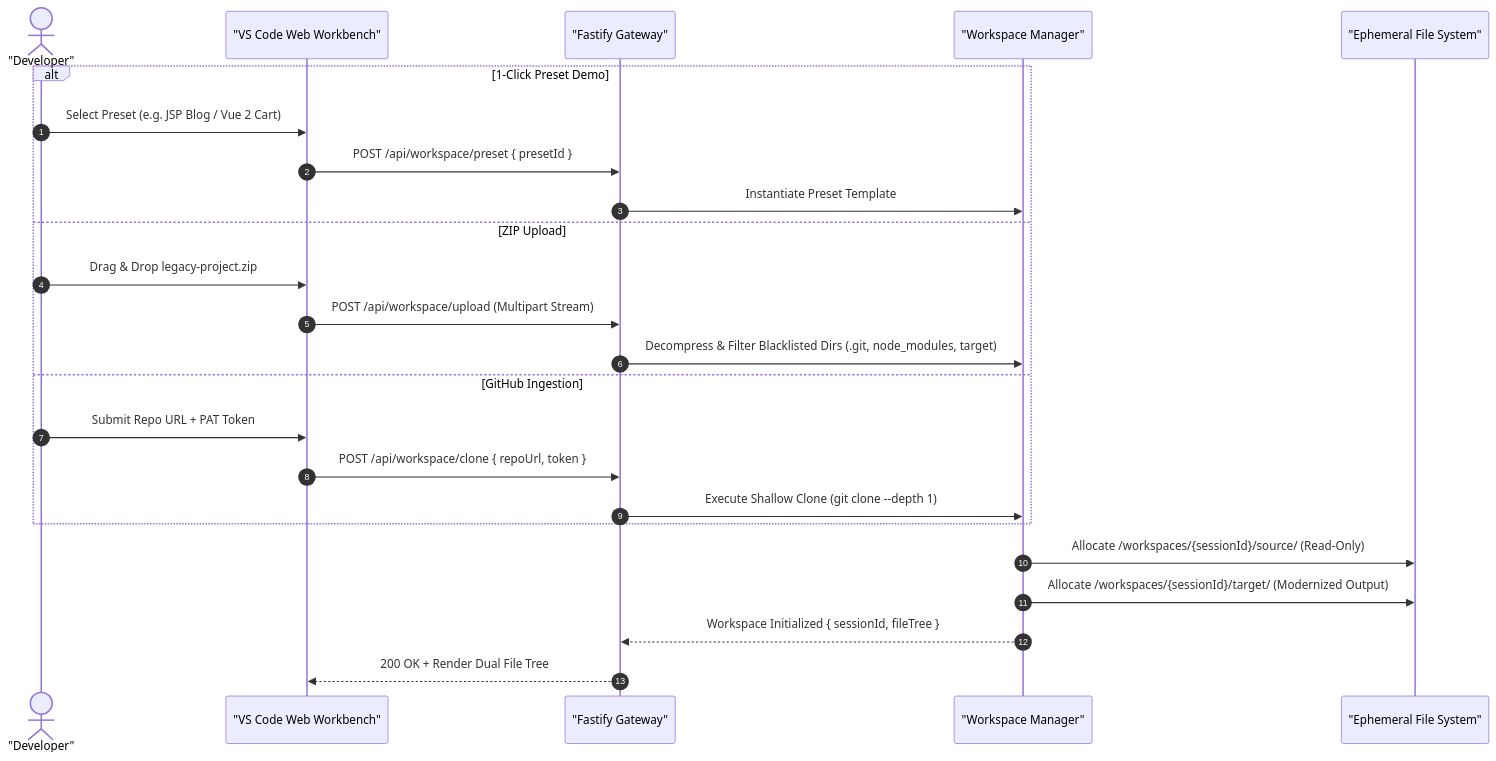
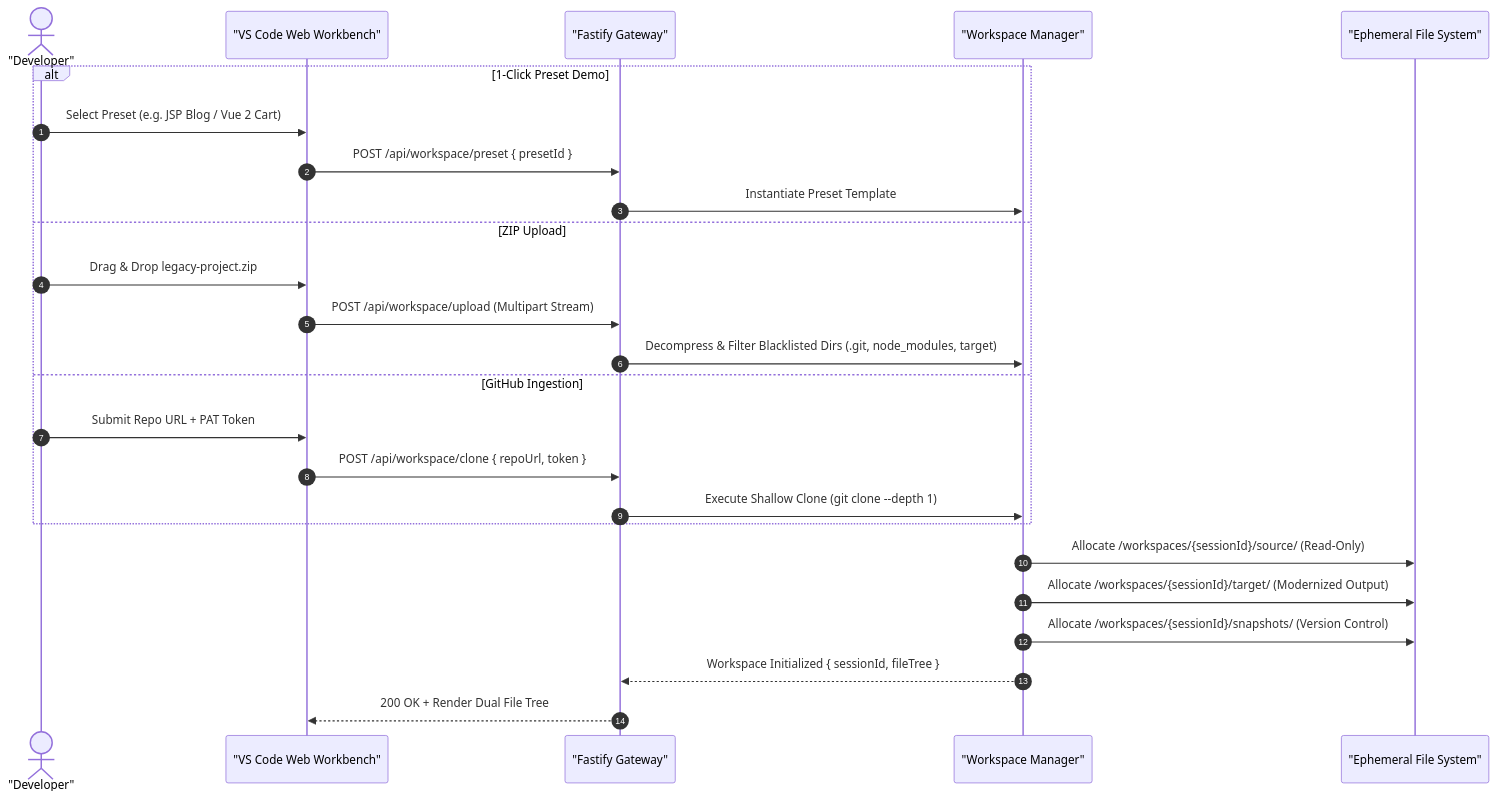
Before and after one commit to SakuraCianna/LegacyCodeModernizer: the second of 5 diagrams in docs/architecture.md, drawn with Mermaid. The commit also changed other lines of this file and 3 other files, not shown here.

````diff
--- a/docs/architecture.md
+++ b/docs/architecture.md
@@ -104,28 +108,29 @@
 ```mermaid
 sequenceDiagram
     autonumber
     actor Developer as "Developer"
     participant UI as "VS Code Web Workbench"
     participant API as "Fastify Gateway"
     participant WM as "Workspace Manager"
     participant FS as "Ephemeral File System"
 
     alt 1-Click Preset Demo
         Developer->>UI: Select Preset (e.g. JSP Blog / Vue 2 Cart)
         UI->>API: POST /api/workspace/preset { presetId }
         API->>WM: Instantiate Preset Template
     else ZIP Upload
         Developer->>UI: Drag & Drop legacy-project.zip
         UI->>API: POST /api/workspace/upload (Multipart Stream)
         API->>WM: Decompress & Filter Blacklisted Dirs (.git, node_modules, target)
     else GitHub Ingestion
         Developer->>UI: Submit Repo URL + PAT Token
         UI->>API: POST /api/workspace/clone { repoUrl, token }
         API->>WM: Execute Shallow Clone (git clone --depth 1)
     end
 
     WM->>FS: Allocate /workspaces/{sessionId}/source/ (Read-Only)
     WM->>FS: Allocate /workspaces/{sessionId}/target/ (Modernized Output)
+    WM->>FS: Allocate /workspaces/{sessionId}/snapshots/ (Version Control)
     WM-->>API: Workspace Initialized { sessionId, fileTree }
     API-->>UI: 200 OK + Render Dual File Tree
 ```
````
